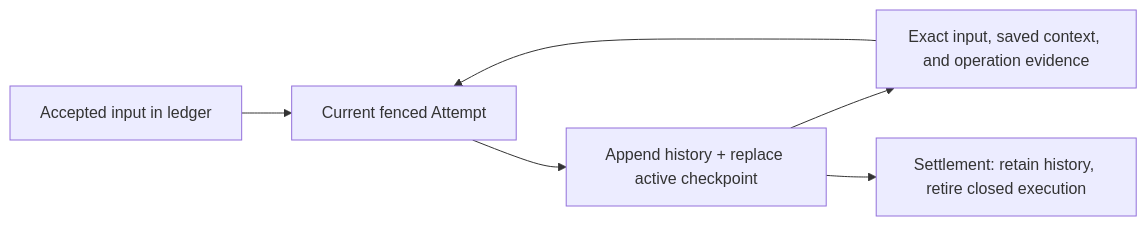
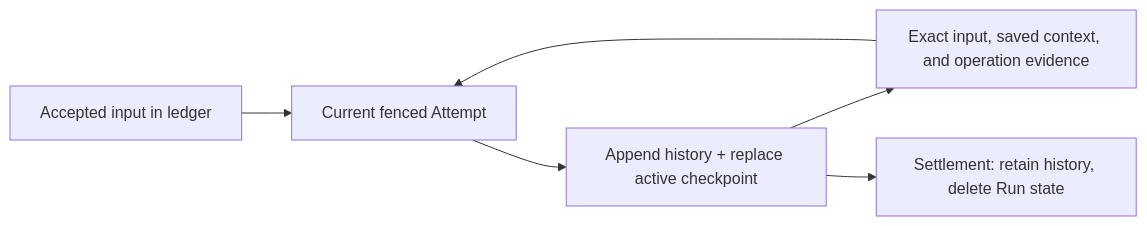
Before and after one commit to yielded-dev/agent: the diagram in docs/src/content/docs/concepts/durability.md, drawn with Mermaid. The commit also changed other lines of this file and 109 other files, not shown here.

Commit message:
refactor: retire Run state at settlement without history digests

````diff
--- a/docs/src/content/docs/concepts/durability.md
+++ b/docs/src/content/docs/concepts/durability.md
@@ -93,8 +93,8 @@
 ```mermaid
 flowchart LR
   A[Accepted input in ledger] --> B[Current fenced Attempt]
   B --> C[Append history + replace active checkpoint]
   C --> D[Exact input, saved context, and operation evidence]
   D --> B
-  C --> E[Settlement: retain history, retire closed execution]
+  C --> E[Settlement: retain history, delete Run state]
 ```
````
